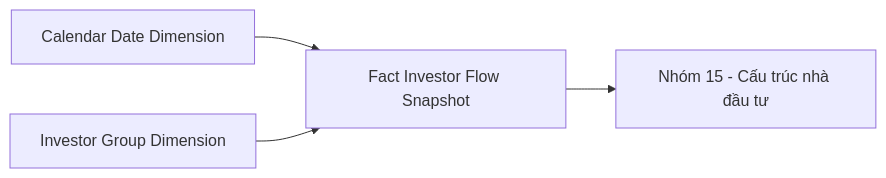
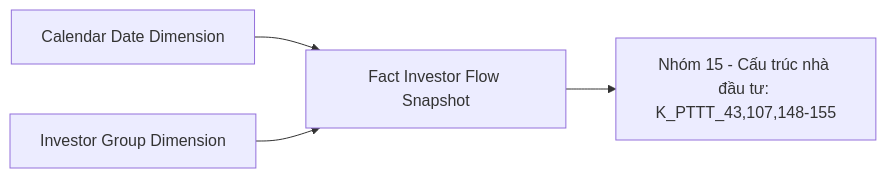
One commit to linhlvit/ubck_atomic_design changed diagram 36 of 53 in Datamart/hld/DTM_PTTT_HLD.md. Above: the diagram before and after it, drawn with Mermaid. The commit also changed other lines of this file and 21 other files, not shown here.

````diff
--- a/Datamart/hld/DTM_PTTT_HLD.md
+++ b/Datamart/hld/DTM_PTTT_HLD.md
@@ -1838,10 +1838,10 @@
 ```mermaid
 flowchart LR
     fct_investor_flow_snpst["Fact Investor Flow Snapshot"]
     cdr_dt_dim["Calendar Date Dimension"]
     investor_group_dim["Investor Group Dimension"]
-    rpt_nhom15["Nhóm 15 - Cấu trúc nhà đầu tư"]
+    rpt_nhom15["Nhóm 15 - Cấu trúc nhà đầu tư: K_PTTT_43,107,148-155"]
     cdr_dt_dim --> fct_investor_flow_snpst
     investor_group_dim --> fct_investor_flow_snpst
     fct_investor_flow_snpst --> rpt_nhom15
 ```
````
